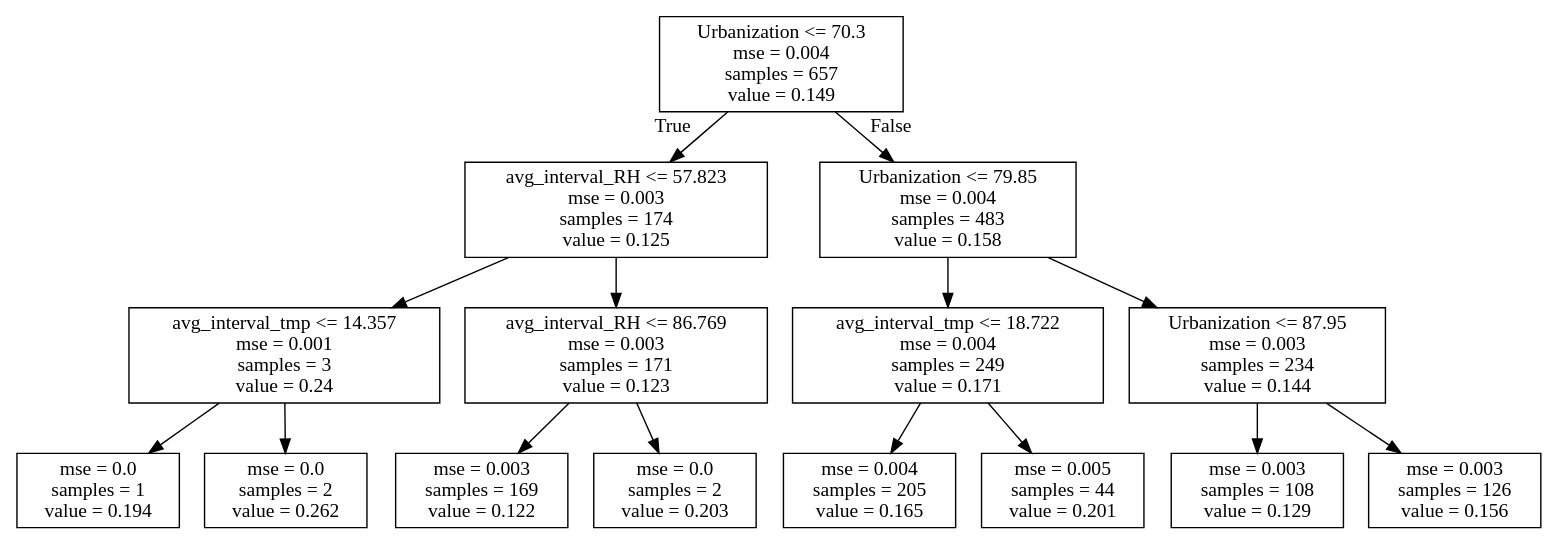
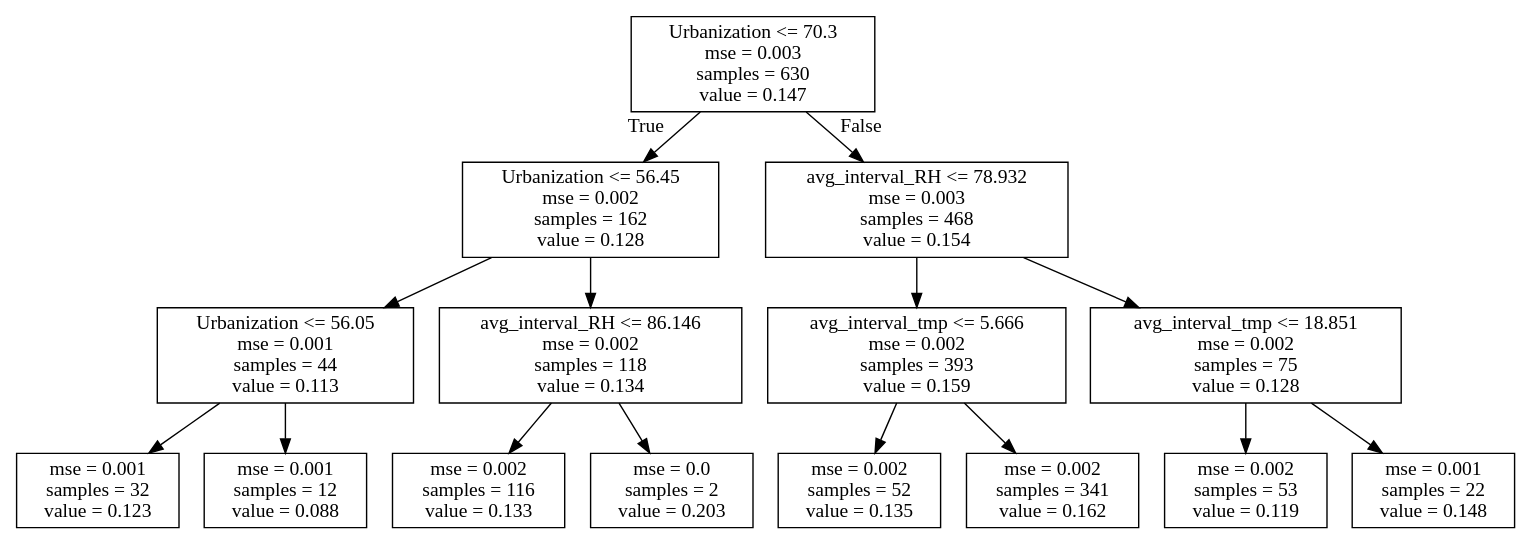
Before and after one commit to hopl1t/covid19: the diagram in products/decision_tree/decision_tree_GF_Q2_run1.dot, drawn with Graphviz. The commit also changed 21 other files, not shown here.

```diff
--- a/products/decision_tree/decision_tree_GF_Q2_run1.dot
+++ b/products/decision_tree/decision_tree_GF_Q2_run1.dot
@@ -1,32 +1,32 @@
 digraph Tree {
 node [shape=box] ;
-0 [label="Urbanization <= 70.3\nmse = 0.004\nsamples = 657\nvalue = 0.149"] ;
-1 [label="avg_interval_RH <= 57.823\nmse = 0.003\nsamples = 174\nvalue = 0.125"] ;
+0 [label="Urbanization <= 70.3\nmse = 0.003\nsamples = 630\nvalue = 0.147"] ;
+1 [label="Urbanization <= 56.45\nmse = 0.002\nsamples = 162\nvalue = 0.128"] ;
 0 -> 1 [labeldistance=2.5, labelangle=45, headlabel="True"] ;
-2 [label="avg_interval_tmp <= 14.357\nmse = 0.001\nsamples = 3\nvalue = 0.24"] ;
+2 [label="Urbanization <= 56.05\nmse = 0.001\nsamples = 44\nvalue = 0.113"] ;
 1 -> 2 ;
-3 [label="mse = 0.0\nsamples = 1\nvalue = 0.194"] ;
+3 [label="mse = 0.001\nsamples = 32\nvalue = 0.123"] ;
 2 -> 3 ;
-4 [label="mse = 0.0\nsamples = 2\nvalue = 0.262"] ;
+4 [label="mse = 0.001\nsamples = 12\nvalue = 0.088"] ;
 2 -> 4 ;
-5 [label="avg_interval_RH <= 86.769\nmse = 0.003\nsamples = 171\nvalue = 0.123"] ;
+5 [label="avg_interval_RH <= 86.146\nmse = 0.002\nsamples = 118\nvalue = 0.134"] ;
 1 -> 5 ;
-6 [label="mse = 0.003\nsamples = 169\nvalue = 0.122"] ;
+6 [label="mse = 0.002\nsamples = 116\nvalue = 0.133"] ;
 5 -> 6 ;
 7 [label="mse = 0.0\nsamples = 2\nvalue = 0.203"] ;
 5 -> 7 ;
-8 [label="Urbanization <= 79.85\nmse = 0.004\nsamples = 483\nvalue = 0.158"] ;
+8 [label="avg_interval_RH <= 78.932\nmse = 0.003\nsamples = 468\nvalue = 0.154"] ;
 0 -> 8 [labeldistance=2.5, labelangle=-45, headlabel="False"] ;
-9 [label="avg_interval_tmp <= 18.722\nmse = 0.004\nsamples = 249\nvalue = 0.171"] ;
+9 [label="avg_interval_tmp <= 5.666\nmse = 0.002\nsamples = 393\nvalue = 0.159"] ;
 8 -> 9 ;
-10 [label="mse = 0.004\nsamples = 205\nvalue = 0.165"] ;
+10 [label="mse = 0.002\nsamples = 52\nvalue = 0.135"] ;
 9 -> 10 ;
-11 [label="mse = 0.005\nsamples = 44\nvalue = 0.201"] ;
+11 [label="mse = 0.002\nsamples = 341\nvalue = 0.162"] ;
 9 -> 11 ;
-12 [label="Urbanization <= 87.95\nmse = 0.003\nsamples = 234\nvalue = 0.144"] ;
+12 [label="avg_interval_tmp <= 18.851\nmse = 0.002\nsamples = 75\nvalue = 0.128"] ;
 8 -> 12 ;
-13 [label="mse = 0.003\nsamples = 108\nvalue = 0.129"] ;
+13 [label="mse = 0.002\nsamples = 53\nvalue = 0.119"] ;
 12 -> 13 ;
-14 [label="mse = 0.003\nsamples = 126\nvalue = 0.156"] ;
+14 [label="mse = 0.001\nsamples = 22\nvalue = 0.148"] ;
 12 -> 14 ;
 }
```
